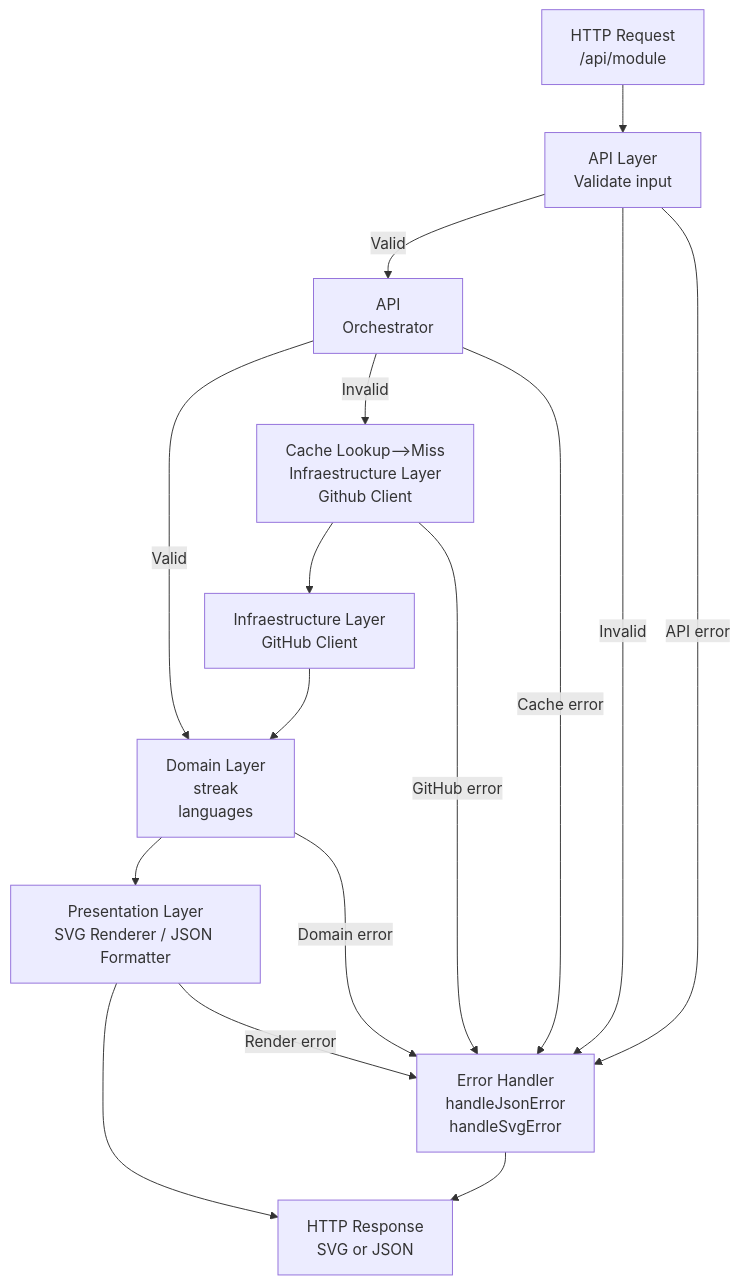
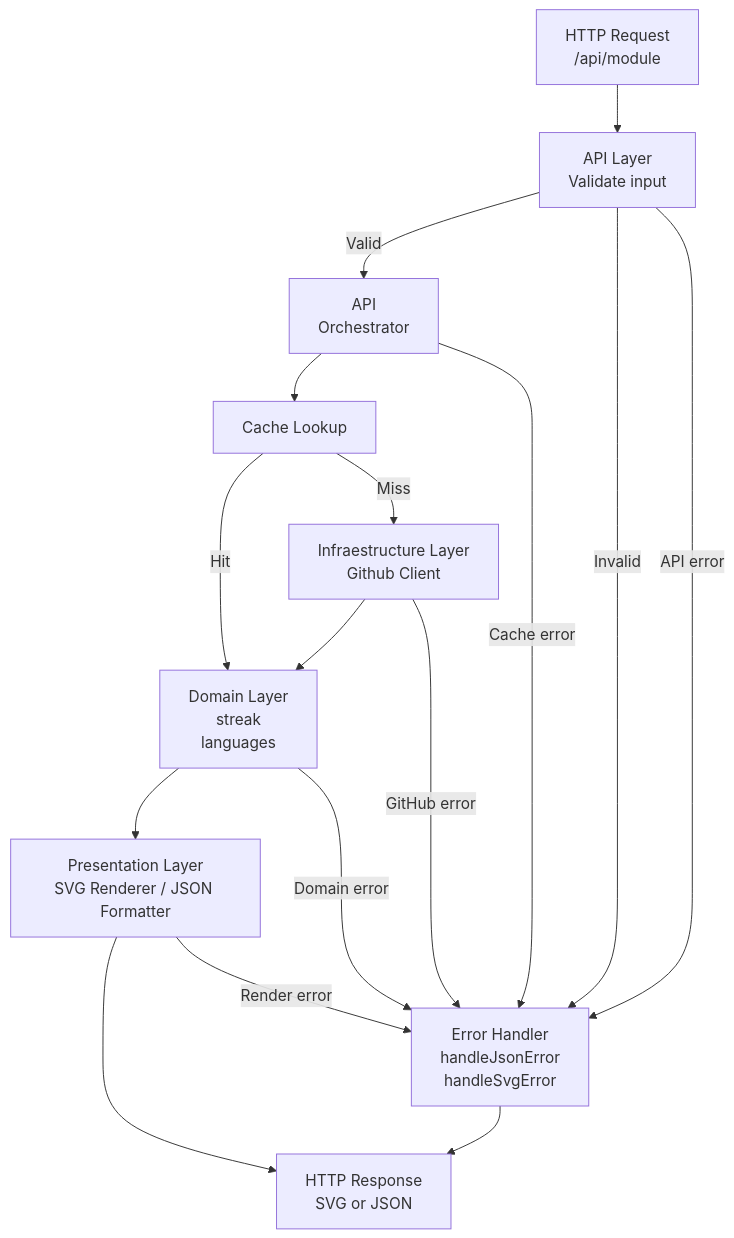
The second of 2 diagrams in docs/architecture.md (FlavioKde/github-streak-stats-api), drawn with Mermaid before and after one commit.

Commit message:
docs: update diagram at architecture.md

````diff
--- a/docs/architecture.md
+++ b/docs/architecture.md
@@ -367,38 +367,40 @@
 ```mermaid
 
 flowchart TD
 
-    %% Entrada
+    %% Request
     A["HTTP Request<br/>/api/module"] --> B["API Layer<br/>Validate input"]
 
-    %% Validación
+    %% Api Layer
     B -->|Valid| C["API<br/>Orchestrator"]
     B -->|Invalid| Z["Error Handler<br/>handleJsonError</br>handleSvgError"]
 
     %% Cache
 
-    C -->|Valid| F["Cache Lookup-->Hit<br/>Domain Layer<br/>streak<br/>languages"]
-    C -->|Invalid| D["Cache Lookup-->Miss<br/>Infraestructure Layer<br/>Github Client"]
+    C --> D["Cache Lookup"]
 
-    %% GitHub
-    D --> E["Infraestructure Layer<br/>GitHub Client"]
+    %% Cache hit
+
+    D -->|Hit| F["Domain Layer<br/>streak<br/>languages"]
+
+    %% Cache Miss
+
+    D -->|Miss| E["Infraestructure Layer<br/>Github Client"]
+    E --> F
 
     %% Dominio
-    E --> F["Domain Layer<br/>streak<br/>languages"]
-
-    %% Presentación
     F --> G["Presentation Layer<br/>SVG Renderer / JSON Formatter"]
 
     %% Salida
     G --> H["HTTP Response<br/>SVG or JSON"]
 
     %% Error flow
     B -->|API error| Z
     C -->|Cache error| Z
-    D -->|GitHub error| Z
+    E -->|GitHub error| Z
     F -->|Domain error| Z
     G -->|Render error| Z
 
     Z --> H
 
 ```
````
